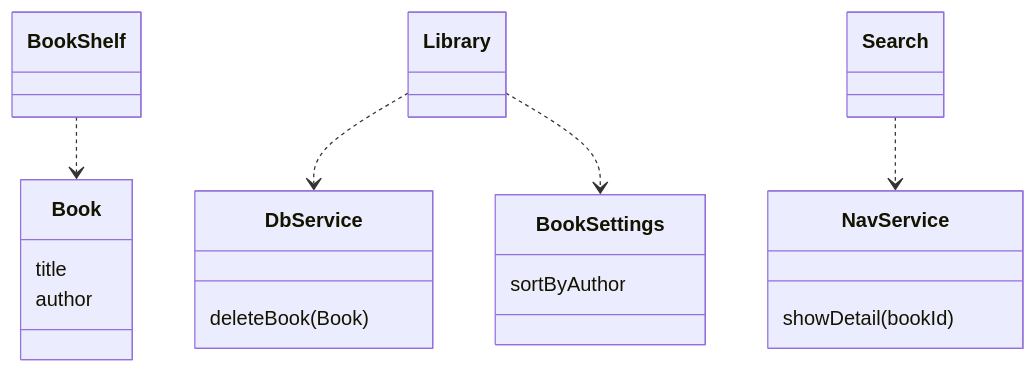
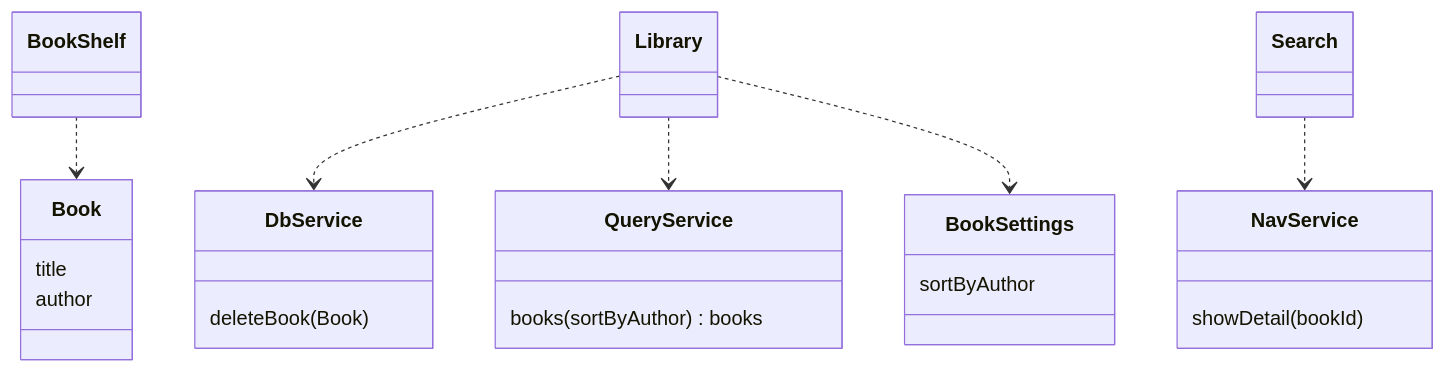
Before and after one commit to sisoje/hypermodular: the sixth of 8 diagrams in hypermodular/SKILL.md, drawn with Mermaid. The commit also changed other lines of this file and 26 other files, not shown here.

````diff
--- a/hypermodular/SKILL.md
+++ b/hypermodular/SKILL.md
@@ -277,22 +282,26 @@
 ```mermaid
 %% Root: App · Coupling
 classDiagram
     class Book {
         title
         author
     }
     class DbService {
         deleteBook(Book)
     }
+    class QueryService {
+        books(sortByAuthor) books
+    }
     class NavService {
         showDetail(bookId)
     }
     class BookSettings {
         sortByAuthor
     }
 
     BookShelf ..> Book
     Library ..> DbService
+    Library ..> QueryService
     Library ..> BookSettings
     Search ..> NavService
 ```
````
